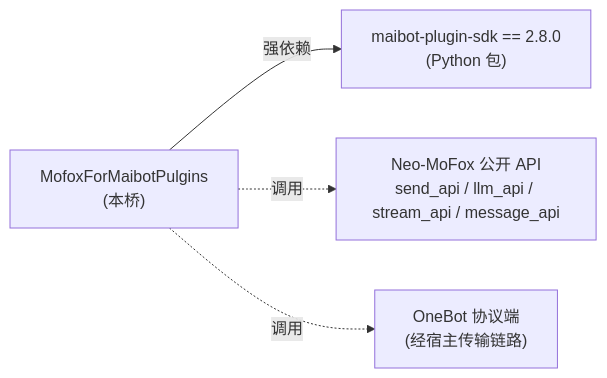
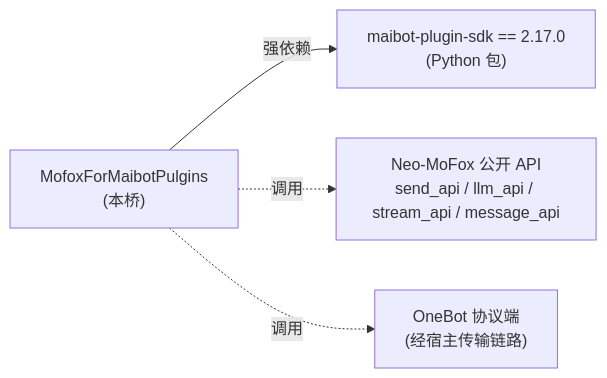
The first of 2 diagrams in README.md (fuilyha56-wq/mofox_for_maibot_plugins), drawn with Mermaid before and after one commit. The commit also changed other lines of this file and 11 other files, not shown here.

````diff
--- a/README.md
+++ b/README.md
@@ -17,6 +17,6 @@
 ```mermaid
 flowchart LR
-    A["MofoxForMaibotPulgins<br/>(本桥)"] -->|强依赖| B["maibot-plugin-sdk == 2.8.0<br/>(Python 包)"]
+    A["MofoxForMaibotPulgins<br/>(本桥)"] -->|强依赖| B["maibot-plugin-sdk == 2.17.0<br/>(Python 包)"]
     A -.调用.-> C["Neo-MoFox 公开 API<br/>send_api / llm_api / stream_api / message_api"]
     A -.调用.-> D["OneBot 协议端<br/>(经宿主传输链路)"]
 ```
````
